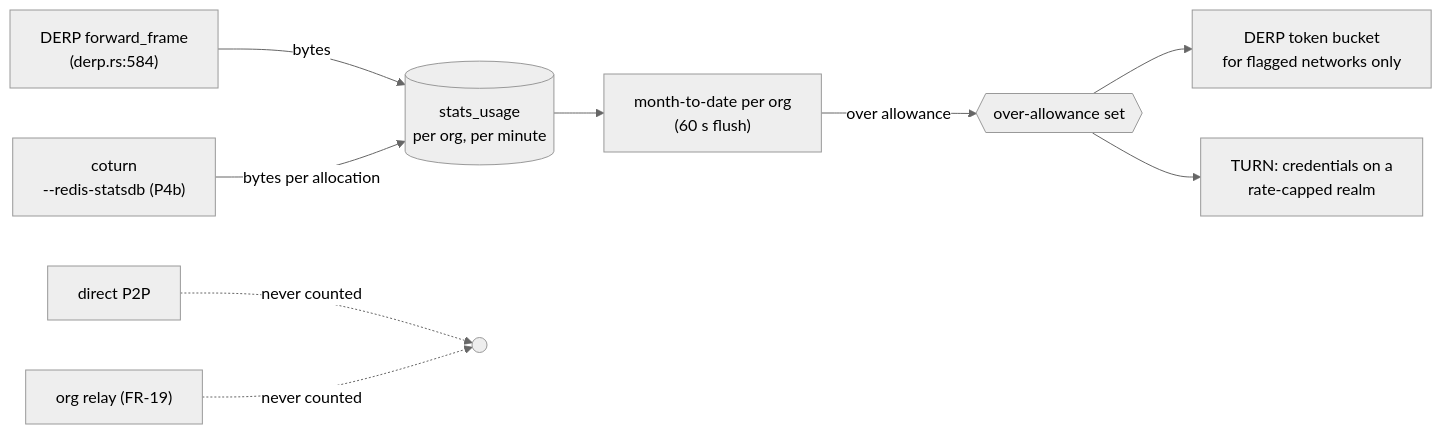
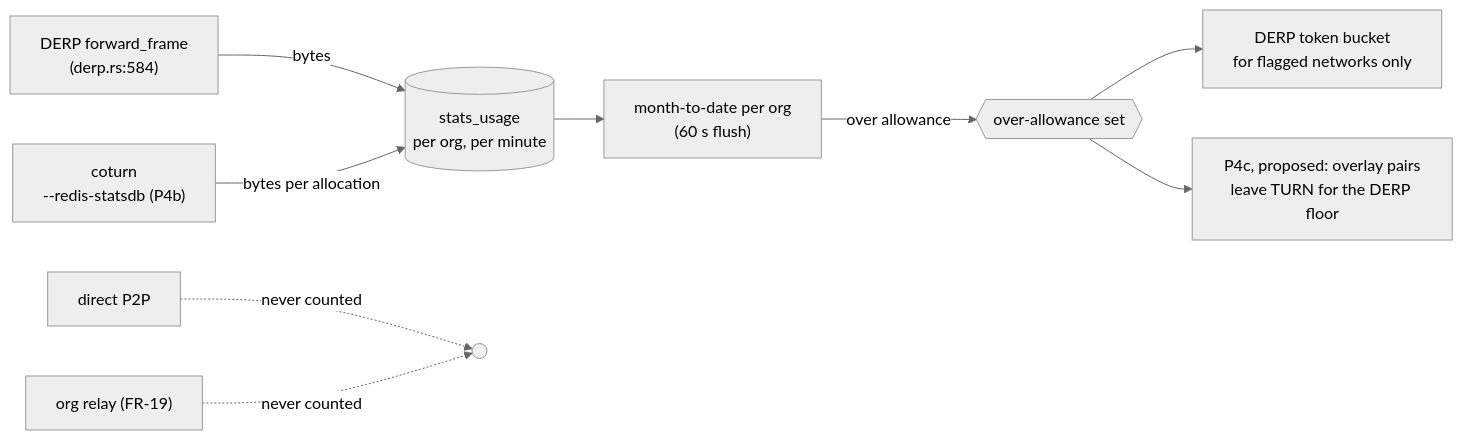
Before and after one commit to gjovanov/roomler-ai: the third of 6 diagrams in docs/fr/FR-115-pricing-reshape.md, drawn with Mermaid (neutral theme). The commit also changed other lines of this file, not shown here.

First line of the commit message:
docs(fr-115): P4c, as proposed — the rate-capped realm cannot work; count TURN, and move overlay pairs to the DERP floor

````diff
--- a/docs/fr/FR-115-pricing-reshape.md
+++ b/docs/fr/FR-115-pricing-reshape.md
@@ -314,11 +314,11 @@
 ```mermaid
 flowchart LR
     D["DERP forward_frame<br/>(derp.rs:584)"] -->|bytes| L[("stats_usage<br/>per org, per minute")]
     T["coturn<br/>--redis-statsdb (P4b)"] -->|bytes per allocation| L
     L --> MTD["month-to-date per org<br/>(60 s flush)"]
     MTD -->|over allowance| F{{"over-allowance set"}}
     F --> TB["DERP token bucket<br/>for flagged networks only"]
-    F --> TC["TURN: credentials on a<br/>rate-capped realm"]
+    F --> TC["P4c, proposed: overlay pairs<br/>leave TURN for the DERP floor"]
     DIR["direct P2P"] -. never counted .-> X(( ))
     OR["org relay (FR-19)"] -. never counted .-> X
 ```
````
